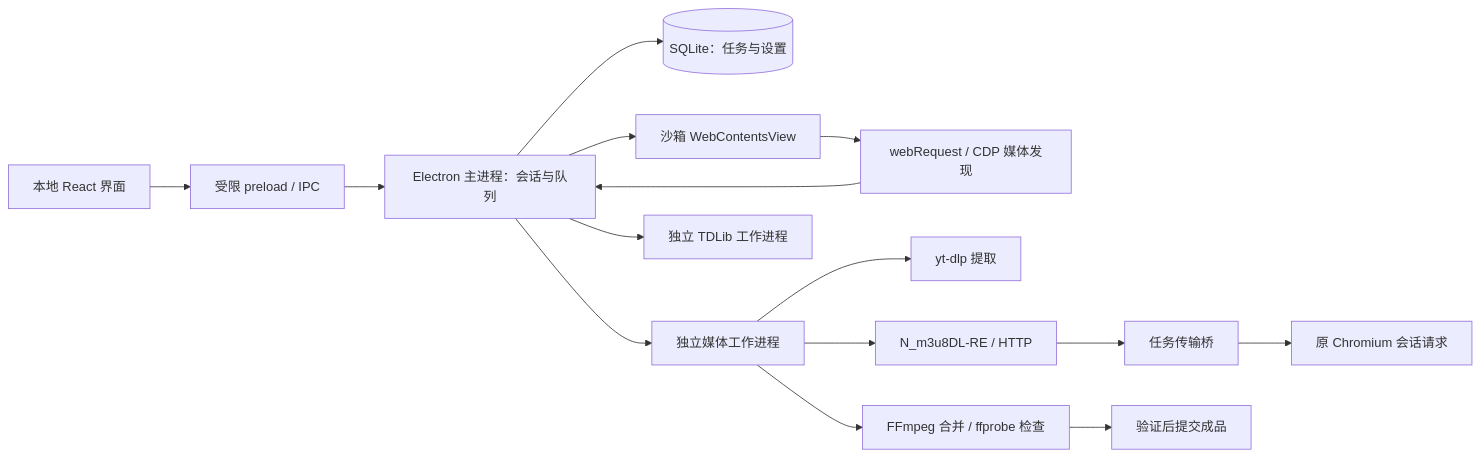
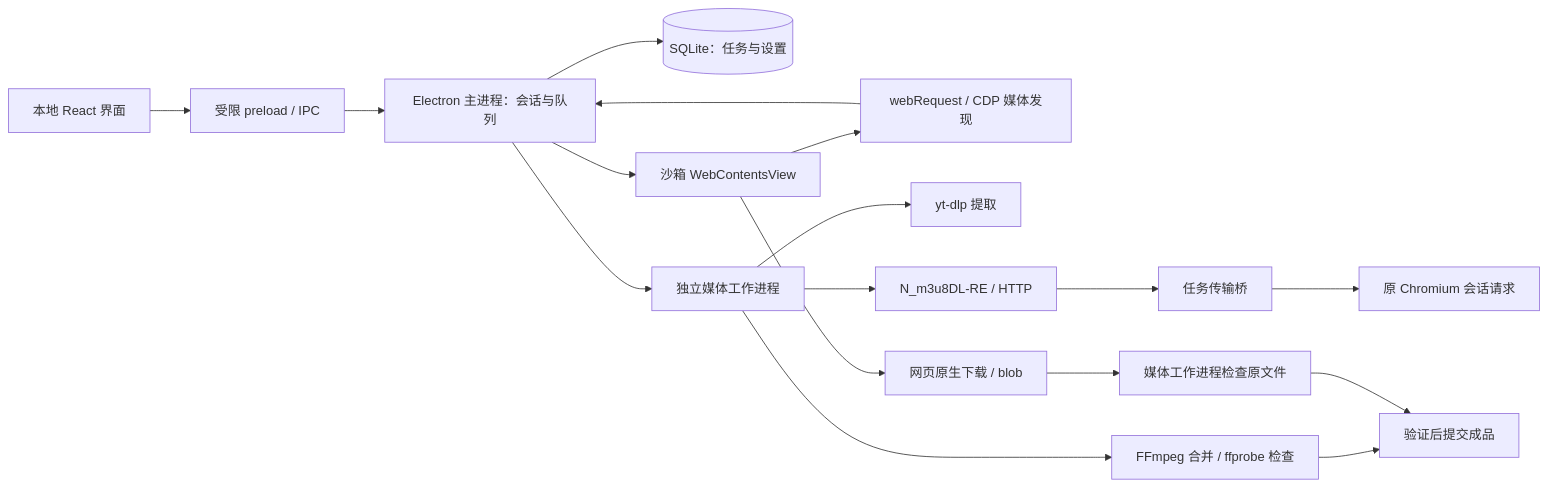
One commit to Jimmy-xuzimo/vidown changed the diagram in docs/ARCHITECTURE.md. Above: the diagram before and after it, drawn with Mermaid. The commit also changed other lines of this file and 36 other files, not shown here.

````diff
--- a/docs/ARCHITECTURE.md
+++ b/docs/ARCHITECTURE.md
@@ -5,17 +5,19 @@
 ```mermaid
 flowchart LR
   UI[本地 React 界面] --> IPC[受限 preload / IPC]
   IPC --> Main[Electron 主进程：会话与队列]
   Main --> DB[(SQLite：任务与设置)]
   Main --> Browser[沙箱 WebContentsView]
   Browser --> Discovery[webRequest / CDP 媒体发现]
   Discovery --> Main
   Main --> Worker[独立媒体工作进程]
   Worker --> Extractor[yt-dlp 提取]
   Worker --> Protocol[N_m3u8DL-RE / HTTP]
   Protocol --> Bridge[任务传输桥]
   Bridge --> Session[原 Chromium 会话请求]
   Worker --> FF[FFmpeg 合并 / ffprobe 检查]
   FF --> File[验证后提交成品]
-  Main --> TG[独立 TDLib 工作进程]
+  Browser --> WebSave[网页原生下载 / blob]
+  WebSave --> Check[媒体工作进程检查原文件]
+  Check --> File
 ```
````
